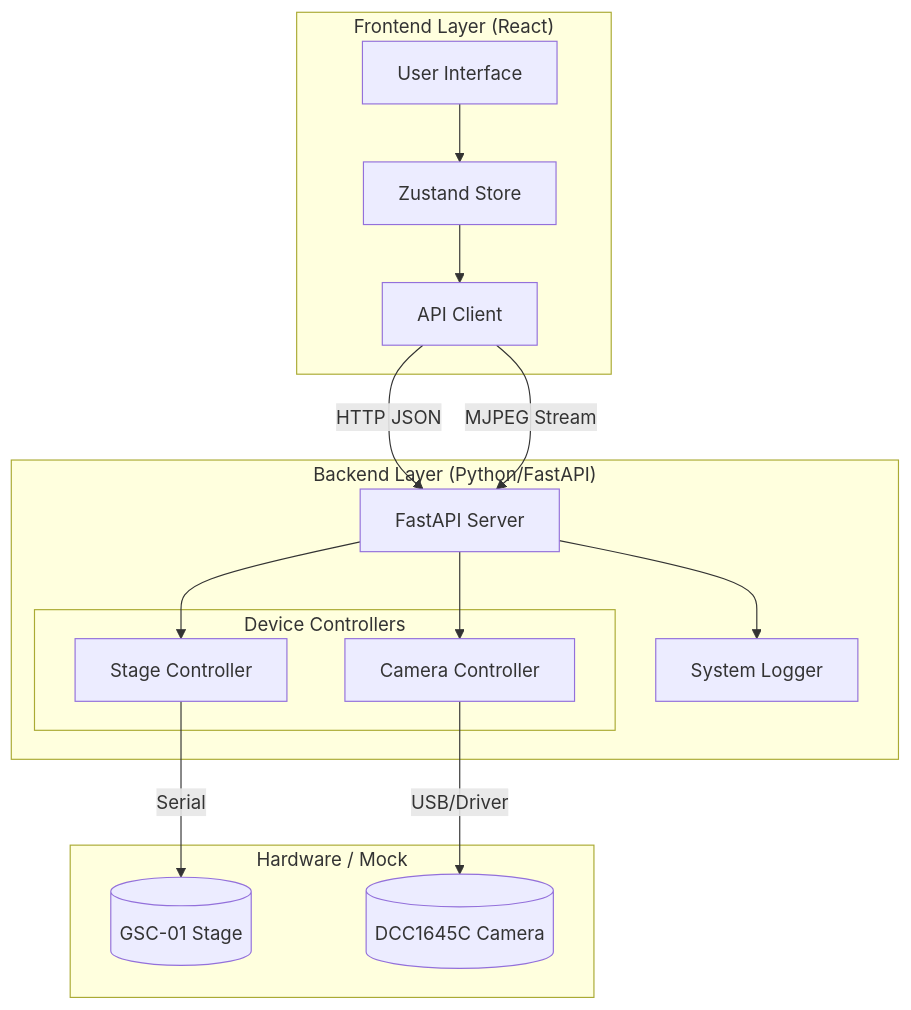
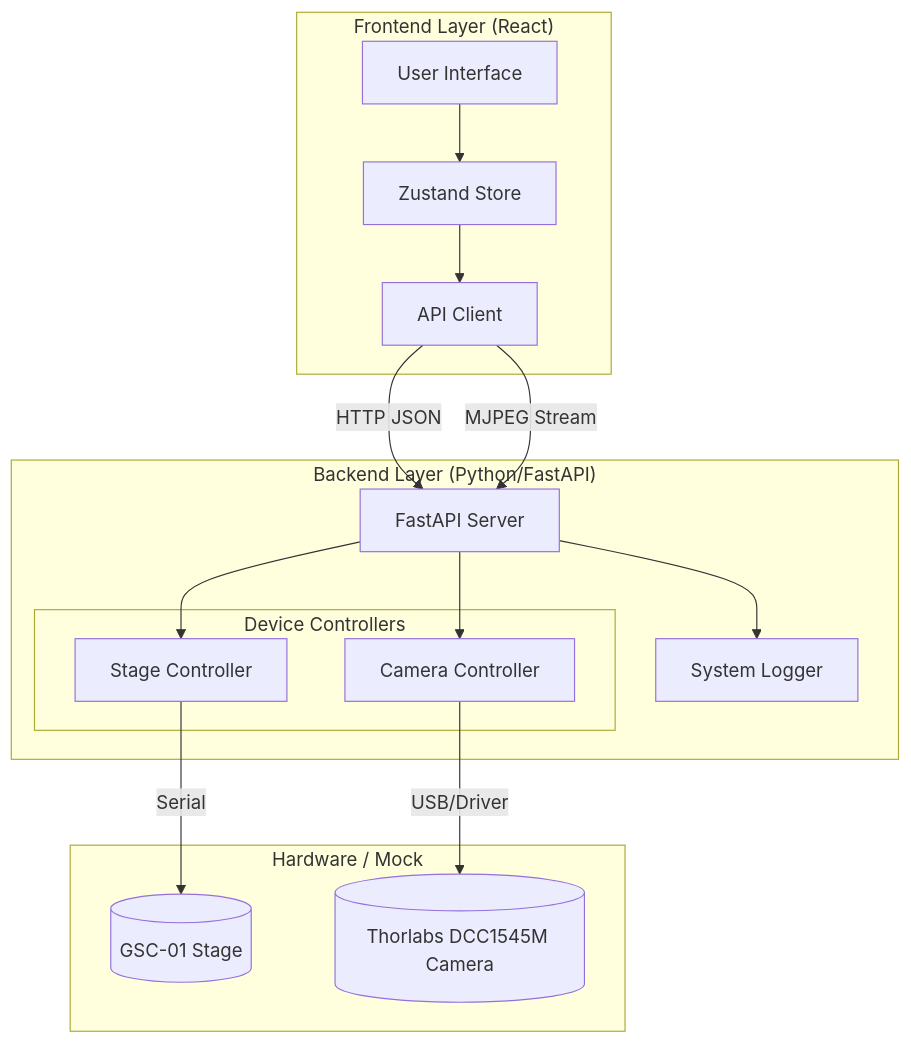
The diagram in docs/00_architecture.md (potatonecst/NanoPol), drawn with Mermaid before and after one commit. The commit also changed 13 other files, not shown here.

````diff
--- a/docs/00_architecture.md
+++ b/docs/00_architecture.md
@@ -10,35 +10,35 @@
 ```mermaid
 graph TD
     subgraph "Frontend Layer (React)"
         UI[User Interface]
         Store[Zustand Store]
         Client[API Client]
     end
 
     subgraph "Backend Layer (Python/FastAPI)"
         Server[FastAPI Server]
         Logger[System Logger]
         
         subgraph "Device Controllers"
             StageCtrl[Stage Controller]
             CamCtrl[Camera Controller]
         end
     end
 
     subgraph "Hardware / Mock"
         Stage[(GSC-01 Stage)]
-        Camera[(DCC1645C Camera)]
+        Camera[(Thorlabs DCC1545M Camera)]
     end
 
     UI --> Store
     Store --> Client
     Client -- HTTP JSON --> Server
     Client -- MJPEG Stream --> Server
     
     Server --> StageCtrl
     Server --> CamCtrl
     Server --> Logger
     
     StageCtrl -- Serial --> Stage
     CamCtrl -- USB/Driver --> Camera
 ```
````
